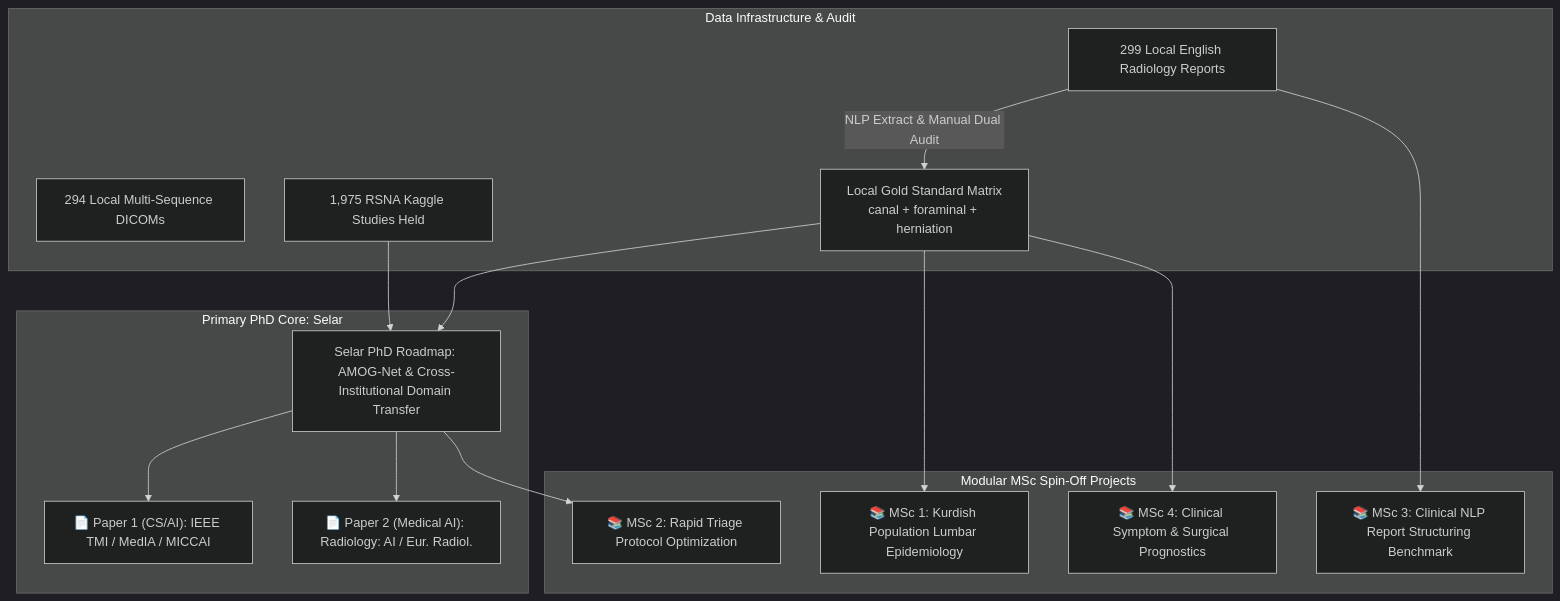
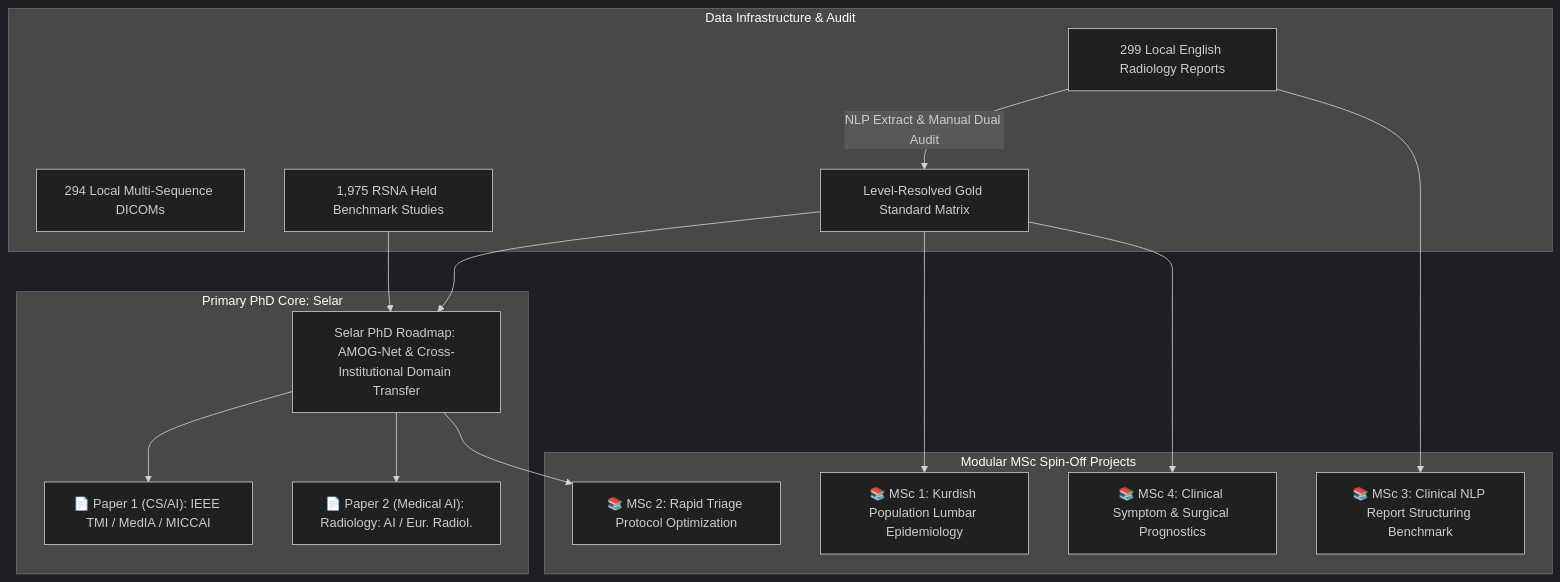
Before and after one commit to polla-fattah/Lumbar-Spine-Researches: the diagram in plan/00_MASTER_PLAN_SUMMARY.md, drawn with Mermaid (dark theme). The commit also changed other lines of this file and 4 other files, not shown here.

````diff
--- a/plan/00_MASTER_PLAN_SUMMARY.md
+++ b/plan/00_MASTER_PLAN_SUMMARY.md
@@ -18,23 +18,23 @@
 ```mermaid
 flowchart TD
     subgraph Data Infrastructure & Audit
         D1[299 Local English Radiology Reports]
         D2[294 Local Multi-Sequence DICOMs]
-        D3[1,975 RSNA Kaggle Studies Held]
+        D3[1,975 RSNA Held Benchmark Studies]
         
-        D1 -->|NLP Extract & Manual Dual Audit| Gold[Local Gold Standard Matrix<br/>canal + foraminal + herniation]
+        D1 -->|NLP Extract & Manual Dual Audit| Gold[Level-Resolved Gold Standard Matrix]
     end
 
     subgraph Primary PhD Core: Selar
         Gold & D3 --> PhD["Selar PhD Roadmap: AMOG-Net & Cross-Institutional Domain Transfer"]
         PhD --> Paper1["📄 Paper 1 (CS/AI): IEEE TMI / MedIA / MICCAI"]
         PhD --> Paper2["📄 Paper 2 (Medical AI): Radiology: AI / Eur. Radiol."]
     end
 
     subgraph Modular MSc Spin-Off Projects
         Gold --> MSc1["📚 MSc 1: Kurdish Population Lumbar Epidemiology"]
         PhD --> MSc2["📚 MSc 2: Rapid Triage Protocol Optimization"]
         D1 --> MSc3["📚 MSc 3: Clinical NLP Report Structuring Benchmark"]
         Gold --> MSc4["📚 MSc 4: Clinical Symptom & Surgical Prognostics"]
     end
 ```
````
